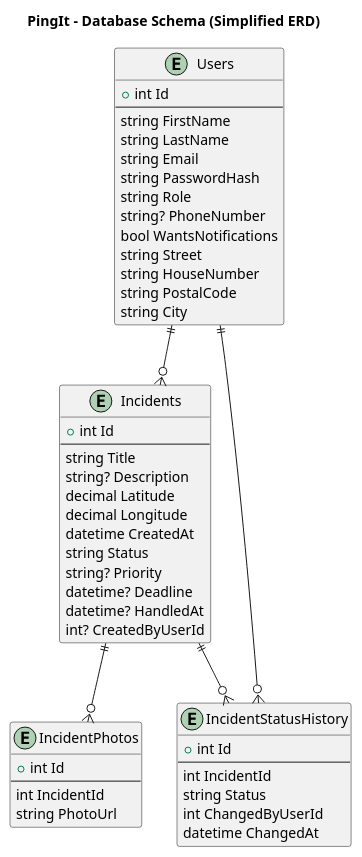
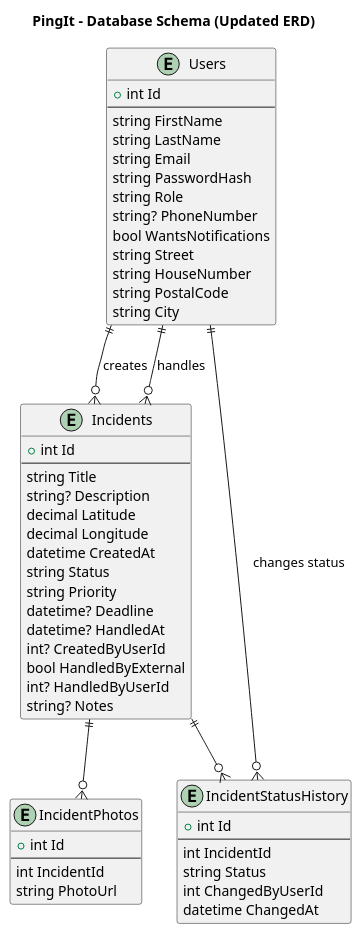
The diagram in Docs/ClassDiagram.puml (gerjanvdoever/PingIt), drawn with PlantUML before and after one commit. The commit also changed 9 other files, not shown here.

```diff
--- a/Docs/ClassDiagram.puml
+++ b/Docs/ClassDiagram.puml
@@ -1,57 +1,61 @@
 @startuml
-title PingIt - Database Schema (Simplified ERD)
-
+title PingIt - Database Schema (Updated ERD)
 
 entity Users {
   +int Id
   --
   string FirstName
   string LastName
   string Email
   string PasswordHash
   string Role
   string? PhoneNumber
   bool WantsNotifications
   string Street
   string HouseNumber
   string PostalCode
   string City
 }
 
 entity Incidents {
   +int Id
   --
   string Title
   string? Description
   decimal Latitude
   decimal Longitude
   datetime CreatedAt
   string Status
-  string? Priority
+  string Priority
   datetime? Deadline
   datetime? HandledAt
   int? CreatedByUserId
+  bool HandledByExternal
+  int? HandledByUserId
+  string? Notes
 }
 
 entity IncidentPhotos {
   +int Id
   --
   int IncidentId
   string PhotoUrl
 }
 
 entity IncidentStatusHistory {
   +int Id
   --
   int IncidentId
   string Status
   int ChangedByUserId
   datetime ChangedAt
 }
 
 ' RELATIONS
-Users ||--o{ Incidents
-Users ||--o{ IncidentStatusHistory
+Users ||--o{ Incidents : creates
+Users ||--o{ IncidentStatusHistory : changes status
 Incidents ||--o{ IncidentPhotos
 Incidents ||--o{ IncidentStatusHistory
+Users ||--o{ Incidents : handles
+
 @enduml
```
